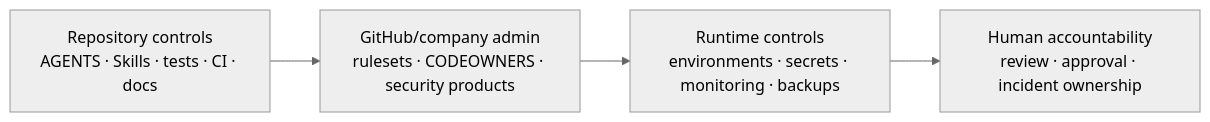
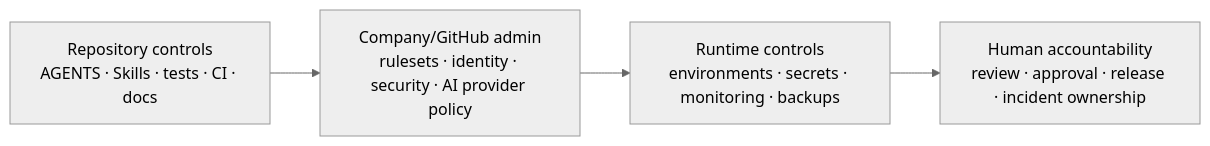
One commit to next-mmo/agent-full-stack-workflow changed the diagram in docs/ENTERPRISE_READINESS.md. Above: the diagram before and after it, drawn with Mermaid (neutral theme). The commit also changed other lines of this file, not shown here.

````diff
--- a/docs/ENTERPRISE_READINESS.md
+++ b/docs/ENTERPRISE_READINESS.md
@@ -68,9 +75,9 @@
 ```mermaid
 flowchart LR
     Repo[Repository controls\nAGENTS · Skills · tests · CI · docs]
-    Admin[GitHub/company admin\nrulesets · CODEOWNERS · security products]
+    Admin[Company/GitHub admin\nrulesets · identity · security · AI provider policy]
     Infra[Runtime controls\nenvironments · secrets · monitoring · backups]
-    Human[Human accountability\nreview · approval · incident ownership]
+    Human[Human accountability\nreview · approval · release · incident ownership]
 
     Repo --> Admin --> Infra --> Human
 ```
````
